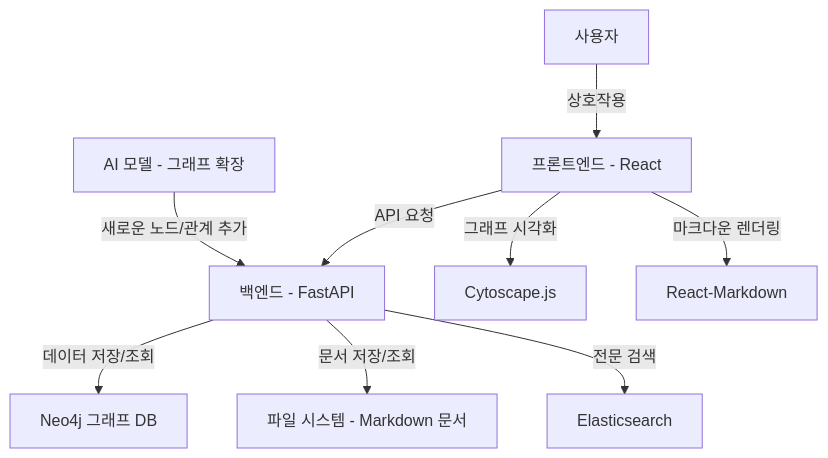
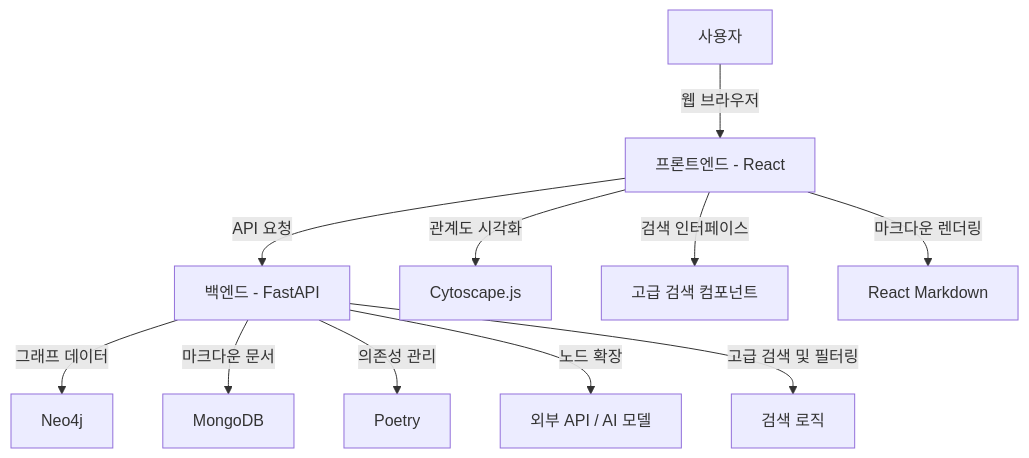
One commit to Gil-jung/KGAI changed the diagram in README.md. Above: the diagram before and after it, drawn with Mermaid. The commit also changed 37 other files, not shown here.

````diff
--- a/README.md
+++ b/README.md
@@ -1,11 +1,13 @@
 ```mermaid
 graph TD
-    A[프론트엔드 - React] -->|API 요청| B[백엔드 - FastAPI]
-    B -->|데이터 저장/조회| C[Neo4j 그래프 DB]
-    B -->|문서 저장/조회| D[파일 시스템 - Markdown 문서]
-    B -->|전문 검색| E[Elasticsearch]
-    A -->|그래프 시각화| F[Cytoscape.js]
-    A -->|마크다운 렌더링| G[React-Markdown]
-    H[AI 모델 - 그래프 확장] -->|새로운 노드/관계 추가| B
-    I[사용자] -->|상호작용| A
+    A[사용자] -->|웹 브라우저| B[프론트엔드 - React]
+    B -->|API 요청| C[백엔드 - FastAPI]
+    C -->|그래프 데이터| D[Neo4j]
+    C -->|마크다운 문서| E[MongoDB]
+    C -->|의존성 관리| F[Poetry]
+    C -->|노드 확장| G[외부 API / AI 모델]
+    B -->|관계도 시각화| H[Cytoscape.js]
+    B -->|검색 인터페이스| I[고급 검색 컴포넌트]
+    B -->|마크다운 렌더링| J[React Markdown]
+    C -->|고급 검색 및 필터링| K[검색 로직]
 ```
````
